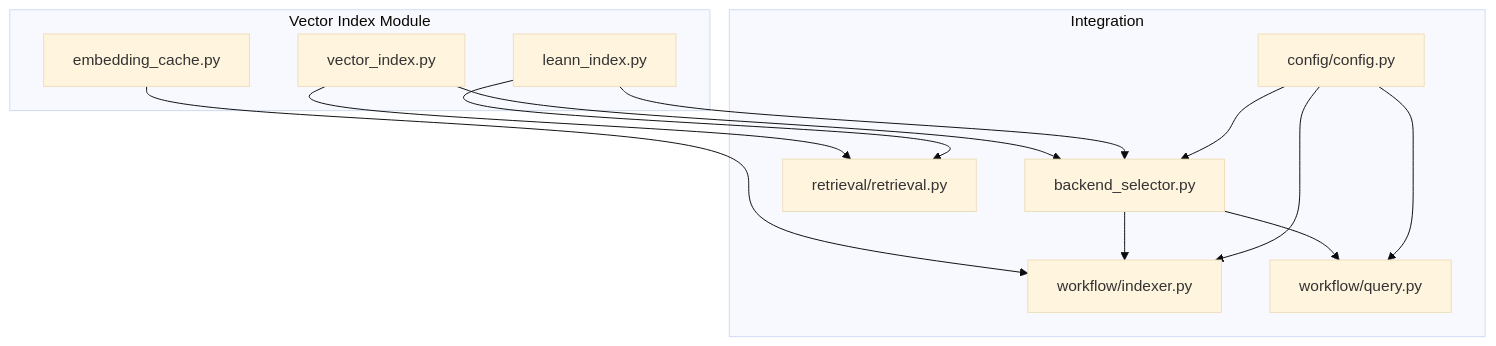
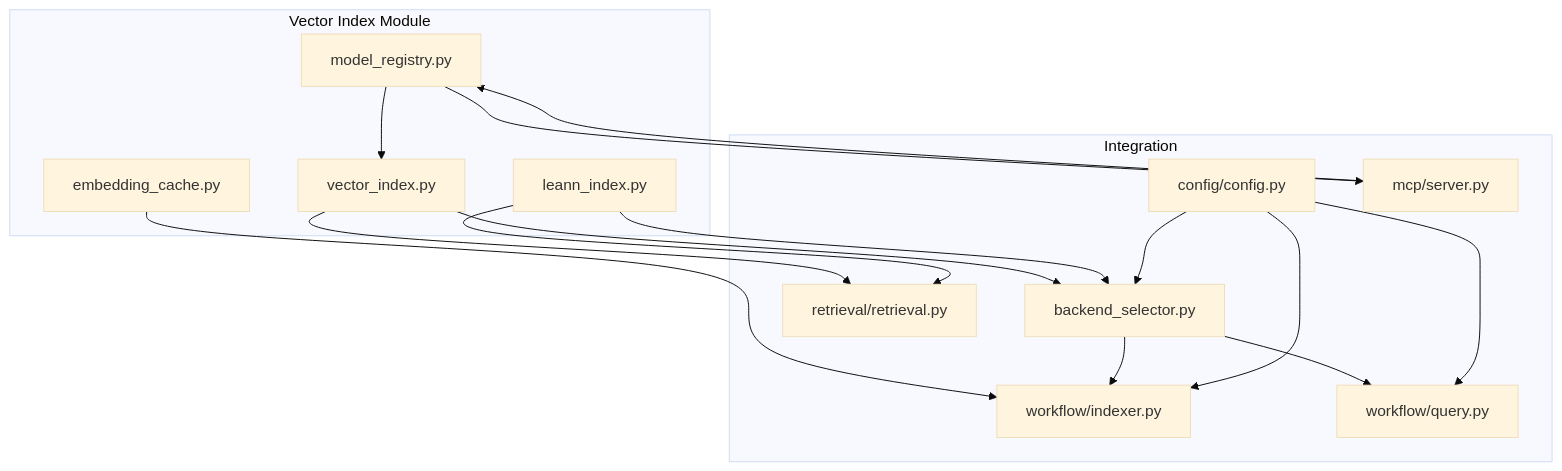
Before and after one commit to maemreyo/zmr-ctx-paker: the first of 11 diagrams in .qoder/repowiki/en/content/Core Modules/Vector Index System/Vector Index System.md, drawn with Mermaid (base theme). The commit also changed other lines of this file and 94 other files, not shown here.

````diff
--- a/.qoder/repowiki/en/content/Core Modules/Vector Index System/Vector Index System.md
+++ b/.qoder/repowiki/en/content/Core Modules/Vector Index System/Vector Index System.md
@@ -37,25 +50,30 @@
 ```mermaid
 graph TB
 subgraph "Vector Index Module"
 VI["vector_index.py"]
 LEANN["leann_index.py"]
 CACHE["embedding_cache.py"]
+REG["model_registry.py"]
 end
 subgraph "Integration"
 BS["backend_selector.py"]
 IDX["workflow/indexer.py"]
 QRY["workflow/query.py"]
 RET["retrieval/retrieval.py"]
 CFG["config/config.py"]
+MCP["mcp/server.py"]
 end
 VI --> BS
 LEANN --> BS
 CACHE --> IDX
+REG --> VI
+REG --> MCP
 BS --> IDX
 BS --> QRY
 VI --> RET
 LEANN --> RET
 CFG --> BS
 CFG --> IDX
 CFG --> QRY
+MCP --> REG
 ```
````
